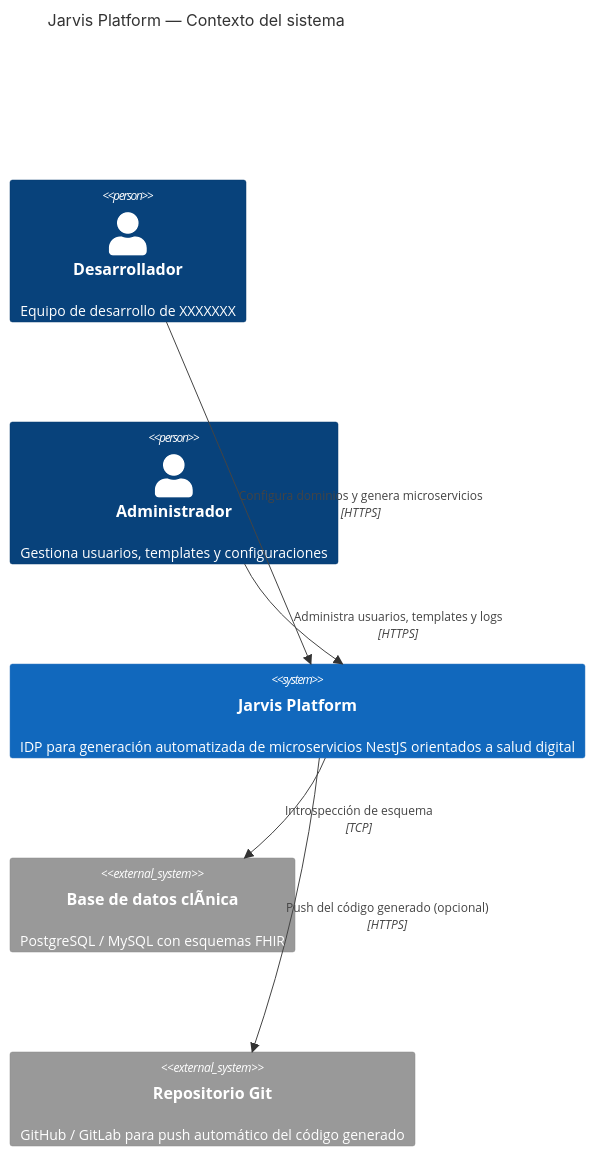
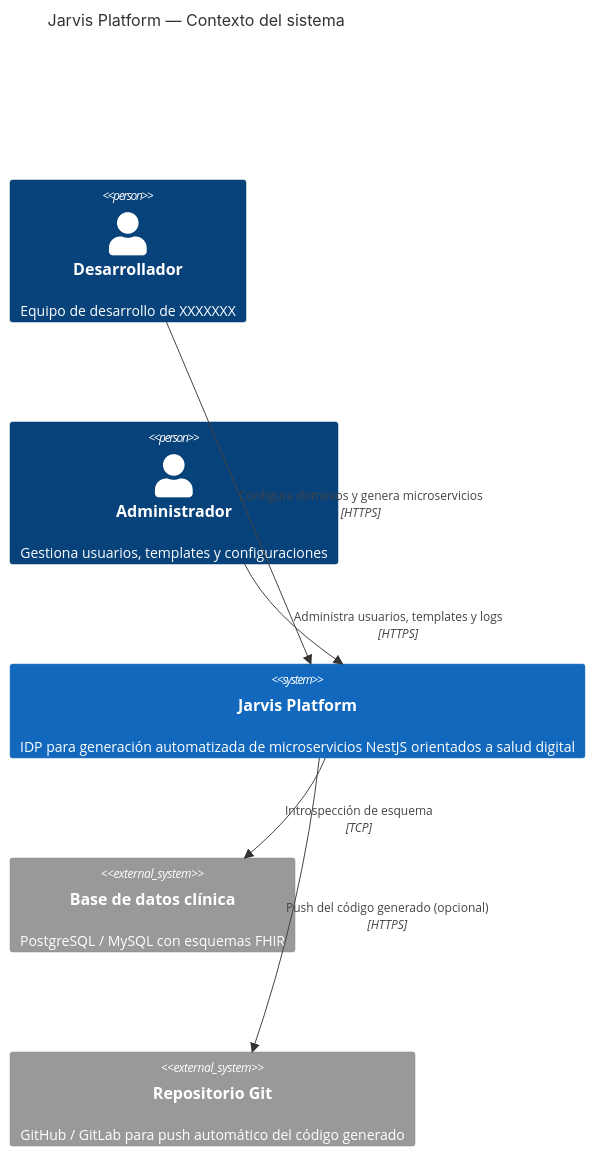
Before and after one commit to HCE-REPOSV1/HCE-STARTER-PLATFORM: the first of 4 diagrams in README.md, drawn with Mermaid. The commit also changed other lines of this file and 8 other files, not shown here.

````diff
--- a/README.md
+++ b/README.md
@@ -173,17 +173,17 @@
 ```mermaid
 C4Context
   title Jarvis Platform — Contexto del sistema
 
   Person(dev, "Desarrollador", "Equipo de desarrollo de XXXXXXX")
   Person(admin, "Administrador", "Gestiona usuarios, templates y configuraciones")
 
   System(jarvis, "Jarvis Platform", "IDP para generación automatizada de microservicios NestJS orientados a salud digital")
 
-  System_Ext(db, "Base de datos clÃ­nica", "PostgreSQL / MySQL con esquemas FHIR")
+  System_Ext(db, "Base de datos clínica", "PostgreSQL / MySQL con esquemas FHIR")
   System_Ext(git, "Repositorio Git", "GitHub / GitLab para push automático del código generado")
 
   Rel(dev, jarvis, "Configura dominios y genera microservicios", "HTTPS")
   Rel(admin, jarvis, "Administra usuarios, templates y logs", "HTTPS")
   Rel(jarvis, db, "Introspección de esquema", "TCP")
   Rel(jarvis, git, "Push del código generado (opcional)", "HTTPS")
 ```
````
